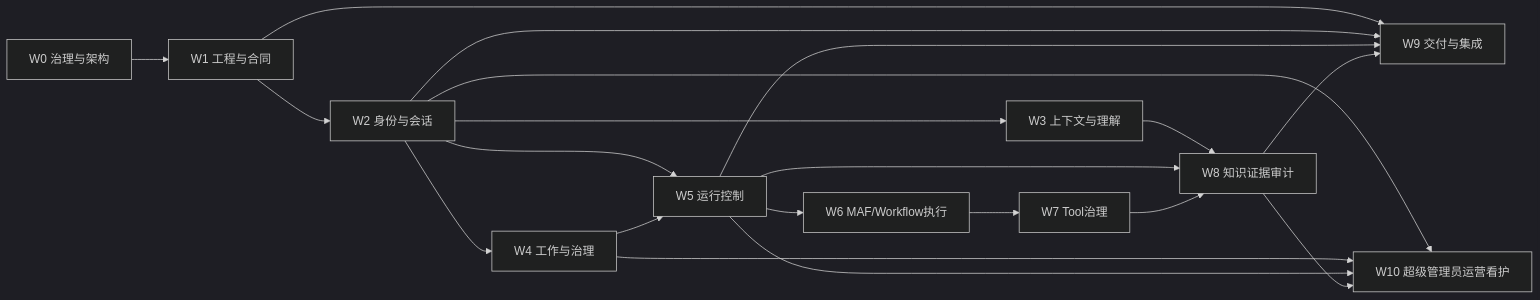
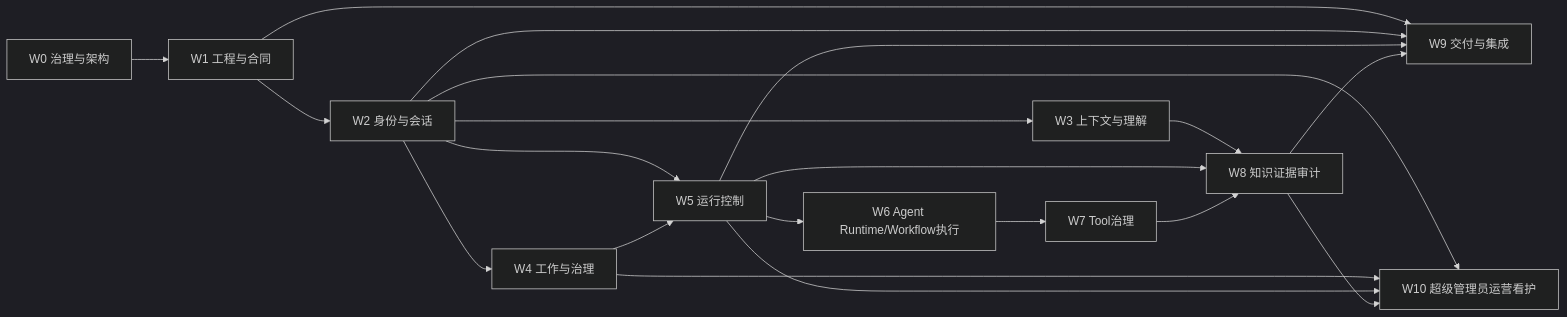
One commit to later-3/Chat changed the diagram in PROJECT_PLAN.md. Above: the diagram before and after it, drawn with Mermaid (dark theme). The commit also changed other lines of this file and 66 other files, not shown here.

````diff
--- a/PROJECT_PLAN.md
+++ b/PROJECT_PLAN.md
@@ -47,22 +69,22 @@
 ```mermaid
 flowchart LR
     W0["W0 治理与架构"] --> W1["W1 工程与合同"]
     W1 --> W2["W2 身份与会话"]
     W2 --> W3["W3 上下文与理解"]
     W2 --> W4["W4 工作与治理"]
     W2 --> W5["W5 运行控制"]
     W4 --> W5
-    W5 --> W6["W6 MAF/Workflow执行"]
+    W5 --> W6["W6 Agent Runtime/Workflow执行"]
     W6 --> W7["W7 Tool治理"]
     W3 --> W8["W8 知识证据审计"]
     W5 --> W8
     W7 --> W8
     W1 --> W9["W9 交付与集成"]
     W2 --> W9
     W5 --> W9
     W8 --> W9
     W2 --> W10["W10 超级管理员运营看护"]
     W4 --> W10
     W5 --> W10
     W8 --> W10
 ```
````
